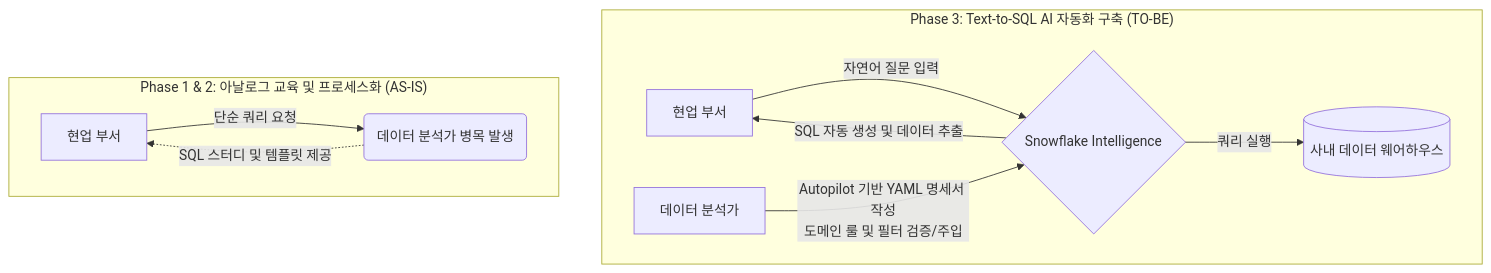
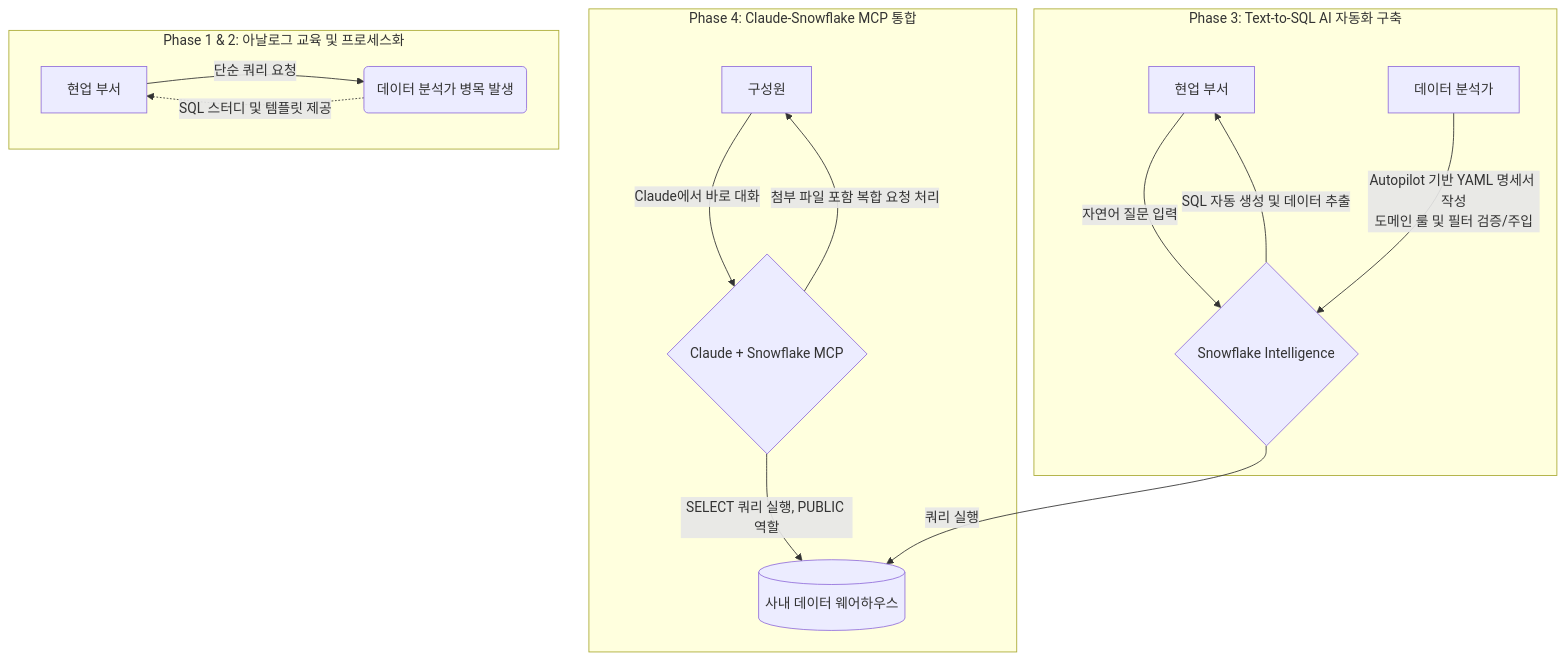
Before and after one commit to ynsssssn/road-to-engineer: the diagram in 02_DataOps-Text-to-SQL-Project/README.md, drawn with Mermaid. The commit also changed other lines of this file and 3 other files, not shown here.

Commit message:
docs: 실명 노출 제거(LAUNDRYGO, 직책), Phase 4(MCP) 반영, 오타 수정

````diff
--- a/02_DataOps-Text-to-SQL-Project/README.md
+++ b/02_DataOps-Text-to-SQL-Project/README.md
@@ -70,14 +89,20 @@
 ```mermaid
 graph TD
-    subgraph "Phase 3: Text-to-SQL AI 자동화 구축 (TO-BE)"
+    subgraph "Phase 4: Claude-Snowflake MCP 통합"
+        F[구성원] -->|Claude에서 바로 대화| G{Claude + Snowflake MCP}
+        G -->|SELECT 쿼리 실행, PUBLIC 역할| H[(사내 데이터 웨어하우스)]
+        G -->|첨부 파일 포함 복합 요청 처리| F
+    end
+
+    subgraph "Phase 3: Text-to-SQL AI 자동화 구축"
         C[현업 부서] -->|자연어 질문 입력| D{Snowflake Intelligence}
         D -->|SQL 자동 생성 및 데이터 추출| C
         E[데이터 분석가] -->|Autopilot 기반 YAML 명세서 작성<br/>도메인 룰 및 필터 검증/주입| D
-        D -->|쿼리 실행| F[(사내 데이터 웨어하우스)]
+        D -->|쿼리 실행| H
     end
 
-    subgraph "Phase 1 & 2: 아날로그 교육 및 프로세스화 (AS-IS)"
+    subgraph "Phase 1 & 2: 아날로그 교육 및 프로세스화"
         A[현업 부서] -->|단순 쿼리 요청| B(데이터 분석가 병목 발생)
         B -.->|SQL 스터디 및 템플릿 제공| A
     end
 ```
````
